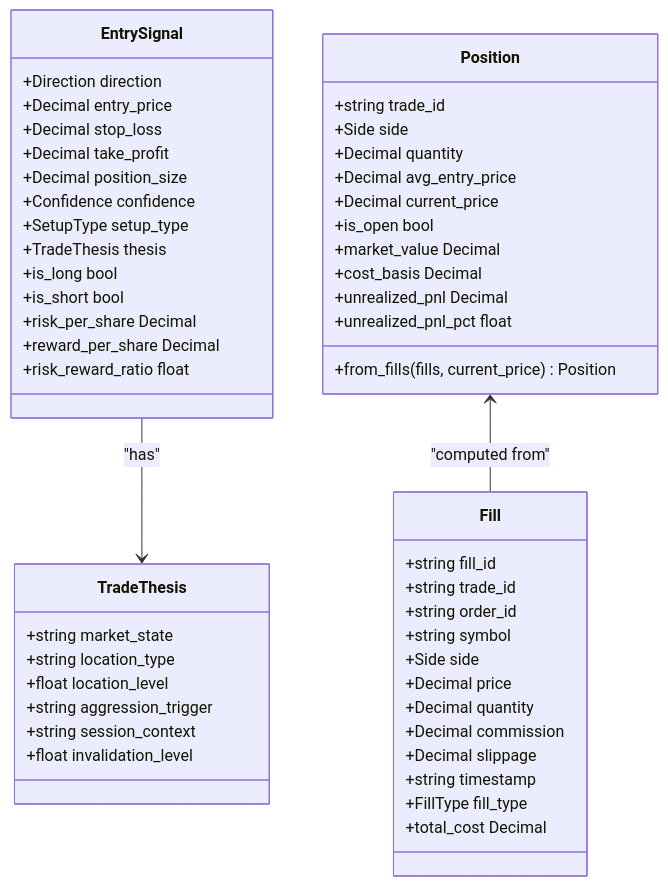
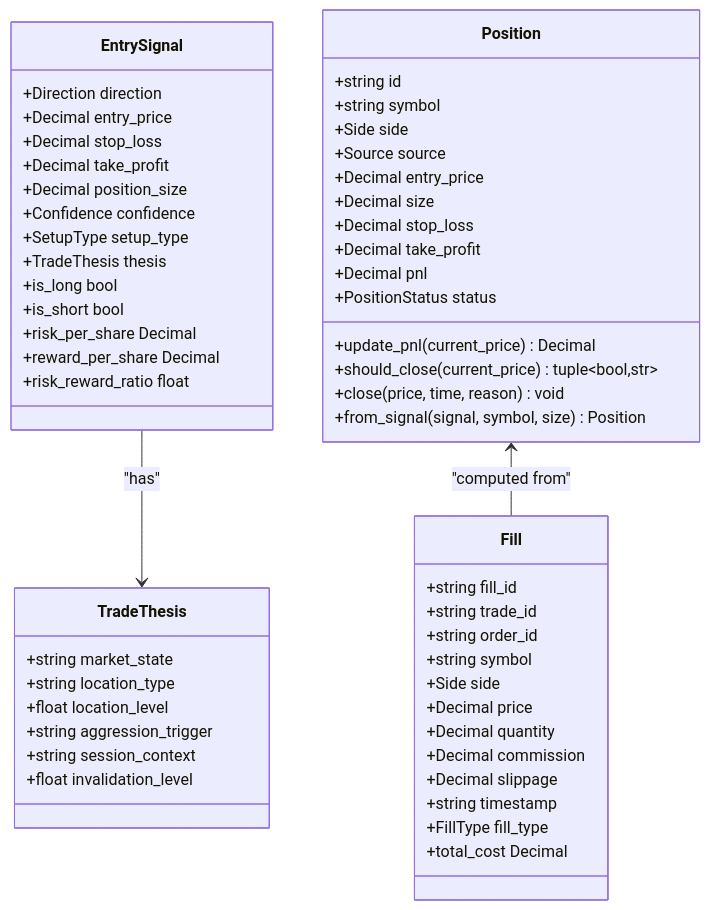
Before and after one commit to gemrajkhatry-maker/v5-of-glassytrade-ai: the third of 15 diagrams in .qoder/repowiki/en/content/Architecture Deep Dive/Clean Architecture Layers/Domain Layer.md, drawn with Mermaid. The commit also changed other lines of this file and 930 other files, not shown here.

````diff
--- a/.qoder/repowiki/en/content/Architecture Deep Dive/Clean Architecture Layers/Domain Layer.md
+++ b/.qoder/repowiki/en/content/Architecture Deep Dive/Clean Architecture Layers/Domain Layer.md
@@ -246,55 +320,58 @@
 ```mermaid
 classDiagram
 class EntrySignal {
 +Direction direction
 +Decimal entry_price
 +Decimal stop_loss
 +Decimal take_profit
 +Decimal position_size
 +Confidence confidence
 +SetupType setup_type
 +TradeThesis thesis
 +is_long bool
 +is_short bool
 +risk_per_share Decimal
 +reward_per_share Decimal
 +risk_reward_ratio float
 }
 class Fill {
 +string fill_id
 +string trade_id
 +string order_id
 +string symbol
 +Side side
 +Decimal price
 +Decimal quantity
 +Decimal commission
 +Decimal slippage
 +string timestamp
 +FillType fill_type
 +total_cost Decimal
 }
 class Position {
-+string trade_id
++string id
++string symbol
 +Side side
-+Decimal quantity
-+Decimal avg_entry_price
-+Decimal current_price
-+from_fills(fills, current_price) Position
-+is_open bool
-+market_value Decimal
-+cost_basis Decimal
-+unrealized_pnl Decimal
-+unrealized_pnl_pct float
++Source source
++Decimal entry_price
++Decimal size
++Decimal stop_loss
++Decimal take_profit
++Decimal pnl
++PositionStatus status
++update_pnl(current_price) Decimal
++should_close(current_price) tuple~bool,str~
++close(price, time, reason) void
++from_signal(signal, symbol, size) Position
 }
 class TradeThesis {
 +string market_state
 +string location_type
 +float location_level
 +string aggression_trigger
 +string session_context
 +float invalidation_level
 }
 EntrySignal --> TradeThesis : "has"
 Position <-- Fill : "computed from"
 ```
````
